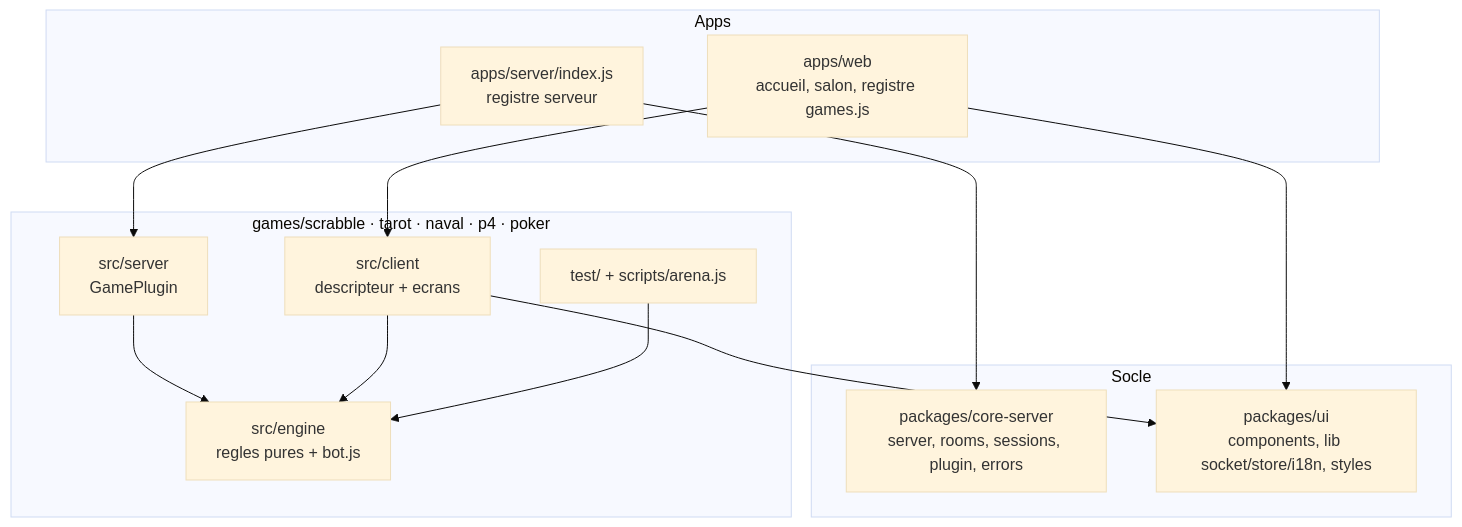
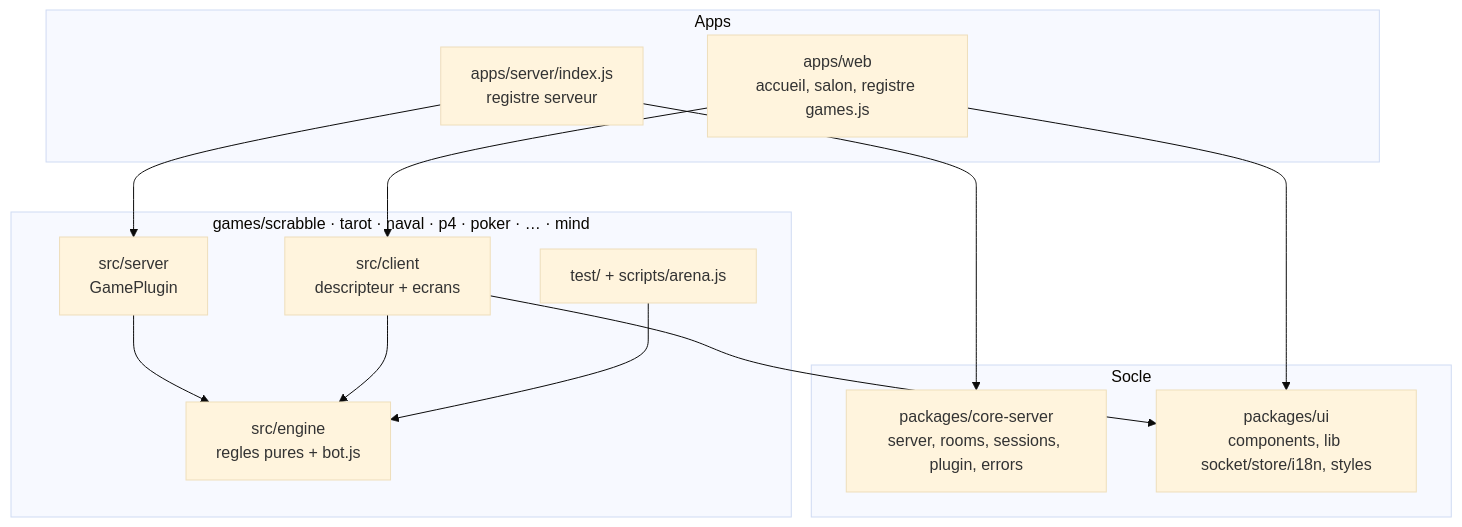
The diagram in aidd_docs/memory/codebase-map.md (AdrienEscbr/boardgamesio), drawn with Mermaid (base theme) before and after one commit. The commit also changed other lines of this file and 22 other files, not shown here.

````diff
--- a/aidd_docs/memory/codebase-map.md
+++ b/aidd_docs/memory/codebase-map.md
@@ -10,25 +10,25 @@
 ```mermaid
 flowchart TD
     subgraph Apps
       SRV["apps/server/index.js<br/>registre serveur"]
       WEB["apps/web<br/>accueil, salon, registre games.js"]
     end
     subgraph Socle
       CORE["packages/core-server<br/>server, rooms, sessions, plugin, errors"]
       UI["packages/ui<br/>components, lib socket/store/i18n, styles"]
     end
-    subgraph Jeux["games/scrabble · tarot · naval · p4 · poker"]
+    subgraph Jeux["games/scrabble · tarot · naval · p4 · poker · … · mind"]
       ENG["src/engine<br/>regles pures + bot.js"]
       GS["src/server<br/>GamePlugin"]
       GC["src/client<br/>descripteur + ecrans"]
       TST["test/ + scripts/arena.js"]
     end
     SRV --> CORE
     SRV --> GS
     WEB --> UI
     WEB --> GC
     GS --> ENG
     GC --> ENG
     GC --> UI
     TST --> ENG
 ```
````
